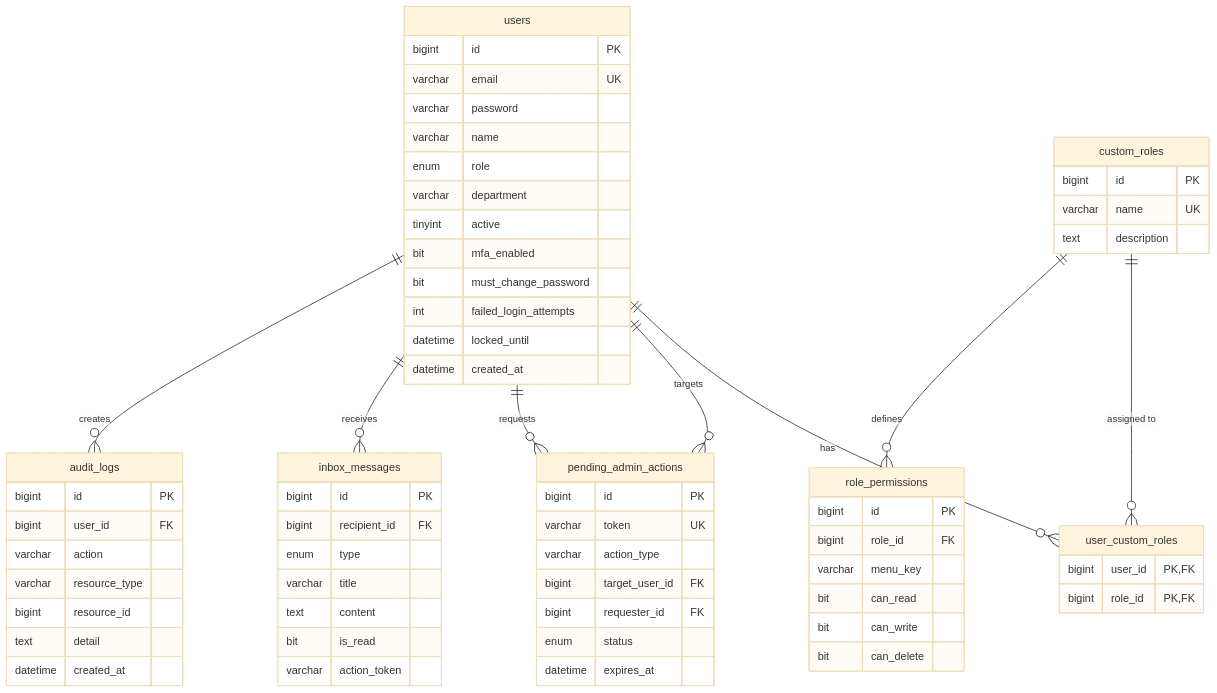
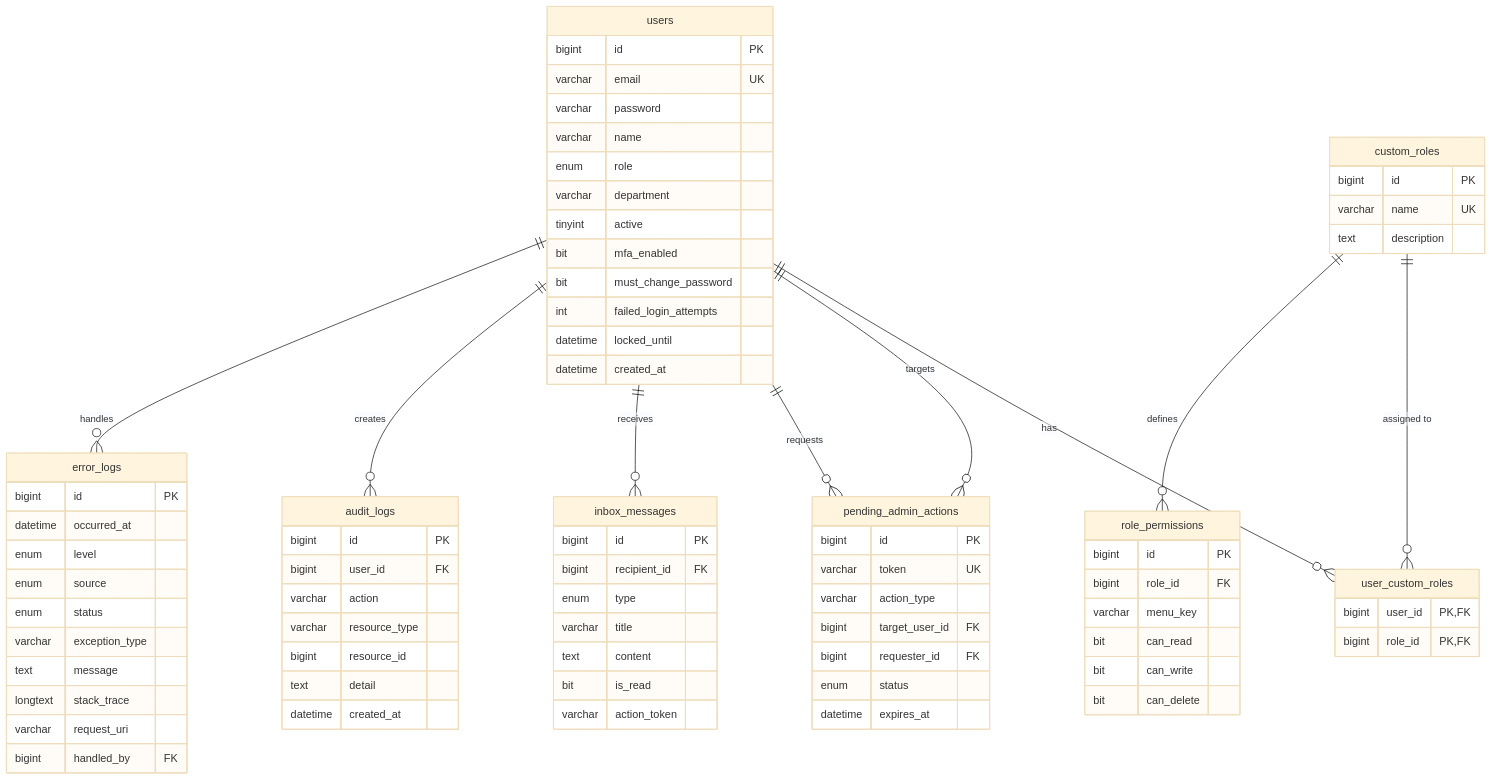
One commit to monosun/ksecportal changed the first of 10 diagrams in frontend/public/help/user-manual.md. Above: the diagram before and after it, drawn with Mermaid (base theme). The commit also changed other lines of this file and 27 other files, not shown here.

````diff
--- a/frontend/public/help/user-manual.md
+++ b/frontend/public/help/user-manual.md
@@ -2723,69 +2788,82 @@
 ```mermaid
 erDiagram
     users {
         bigint id PK
         varchar email UK
         varchar password
         varchar name
         enum role
         varchar department
         tinyint active
         bit mfa_enabled
         bit must_change_password
         int failed_login_attempts
         datetime locked_until
         datetime created_at
     }
     custom_roles {
         bigint id PK
         varchar name UK
         text description
     }
     user_custom_roles {
         bigint user_id PK,FK
         bigint role_id PK,FK
     }
     role_permissions {
         bigint id PK
         bigint role_id FK
         varchar menu_key
         bit can_read
         bit can_write
         bit can_delete
     }
     pending_admin_actions {
         bigint id PK
         varchar token UK
         varchar action_type
         bigint target_user_id FK
         bigint requester_id FK
         enum status
         datetime expires_at
     }
     inbox_messages {
         bigint id PK
         bigint recipient_id FK
         enum type
         varchar title
         text content
         bit is_read
         varchar action_token
     }
     audit_logs {
         bigint id PK
         bigint user_id FK
         varchar action
         varchar resource_type
         bigint resource_id
         text detail
         datetime created_at
     }
+    error_logs {
+        bigint id PK
+        datetime occurred_at
+        enum level
+        enum source
+        enum status
+        varchar exception_type
+        text message
+        longtext stack_trace
+        varchar request_uri
+        bigint handled_by FK
+    }
 
     users ||--o{ user_custom_roles : "has"
     custom_roles ||--o{ user_custom_roles : "assigned to"
     custom_roles ||--o{ role_permissions : "defines"
     users ||--o{ pending_admin_actions : "targets"
     users ||--o{ pending_admin_actions : "requests"
     users ||--o{ inbox_messages : "receives"
     users ||--o{ audit_logs : "creates"
+    users ||--o{ error_logs : "handles"
 ```
````
